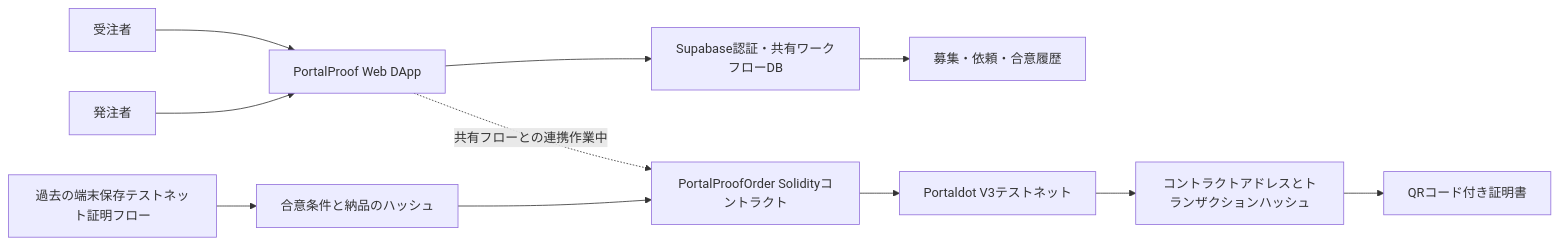
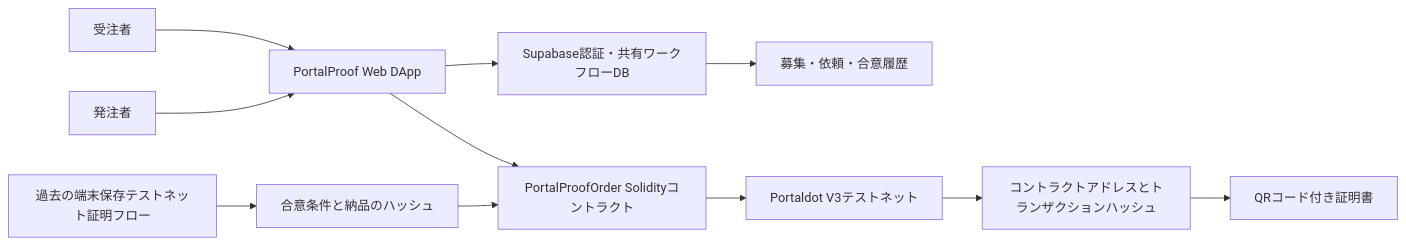
One commit to nato-san/PortalProof changed the second of 2 diagrams in README.md. Above: the diagram before and after it, drawn with Mermaid. The commit also changed other lines of this file and 7 other files, not shown here.

````diff
--- a/README.md
+++ b/README.md
@@ -295,13 +295,13 @@
 ```mermaid
 flowchart LR
   Creator[受注者] --> DApp[PortalProof Web DApp]
   Client[発注者] --> DApp
   DApp --> Shared[Supabase認証・共有ワークフローDB]
   Shared --> Jobs[募集・依頼・合意履歴]
-  DApp -. 共有フローとの連携作業中 .-> Contract[PortalProofOrder Solidityコントラクト]
+  DApp --> Contract[PortalProofOrder Solidityコントラクト]
   Historical[過去の端末保存テストネット証明フロー] --> Hash[合意条件と納品のハッシュ]
   Hash --> Contract
   Contract --> V3[Portaldot V3テストネット]
   V3 --> Evidence[コントラクトアドレスとトランザクションハッシュ]
   Evidence --> Cert[QRコード付き証明書]
 ```
````
